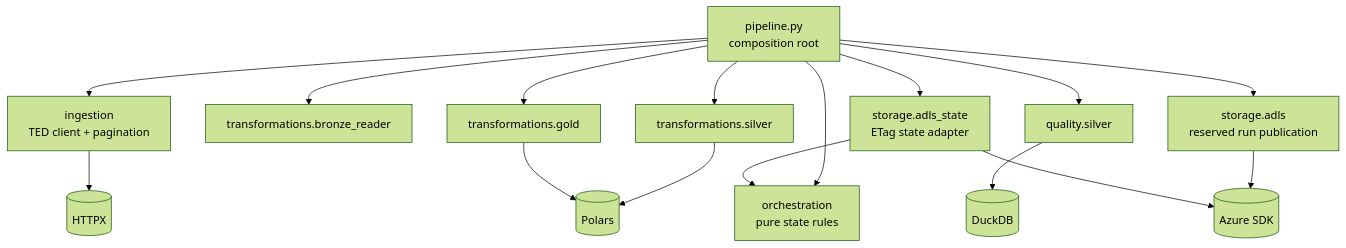
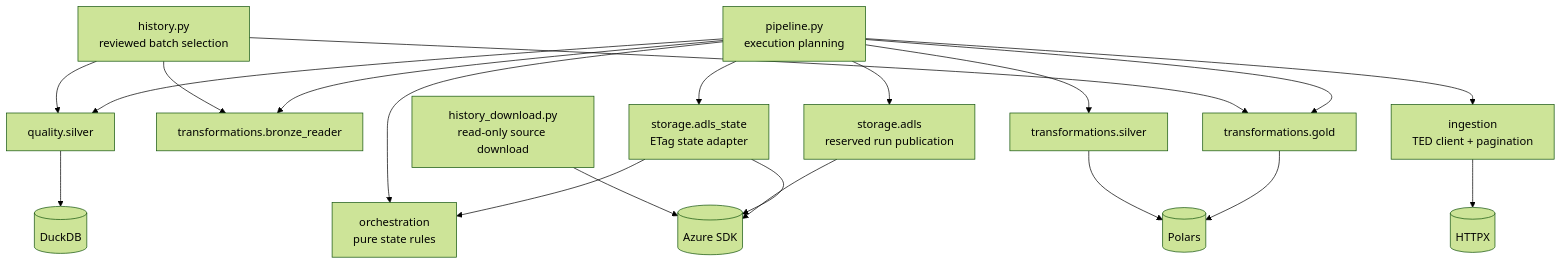
One commit to Mateusz0126/tenderscope changed the first of 2 diagrams in docs/codebase.md. Above: the diagram before and after it, drawn with Mermaid (forest theme). The commit also changed other lines of this file and 12 other files, not shown here.

````diff
--- a/docs/codebase.md
+++ b/docs/codebase.md
@@ -7,29 +7,34 @@
 ```mermaid
 flowchart TB
-    cli[pipeline.py<br/>composition root]
+    cli[pipeline.py<br/>execution planning]
     ingest[ingestion<br/>TED client + pagination]
     orchestration[orchestration<br/>pure state rules]
     bronze[transformations.bronze_reader]
     silver[transformations.silver]
     gold[transformations.gold]
     quality[quality.silver]
     adls[storage.adls<br/>reserved run publication]
     stateAdapter[storage.adls_state<br/>ETag state adapter]
+
+    history[history.py<br/>reviewed batch selection] --> quality
+    history --> gold
+    history --> bronze
+    download[history_download.py<br/>read-only source download] --> azure
 
     cli --> ingest
     cli --> orchestration
     cli --> bronze
     cli --> silver
     cli --> gold
     cli --> quality
     cli --> adls
     cli --> stateAdapter
     stateAdapter --> orchestration
 
     ingest --> httpx[(HTTPX)]
     silver --> polars[(Polars)]
     gold --> polars
     quality --> duckdb[(DuckDB)]
     adls --> azure[(Azure SDK)]
     stateAdapter --> azure
 ```
````
